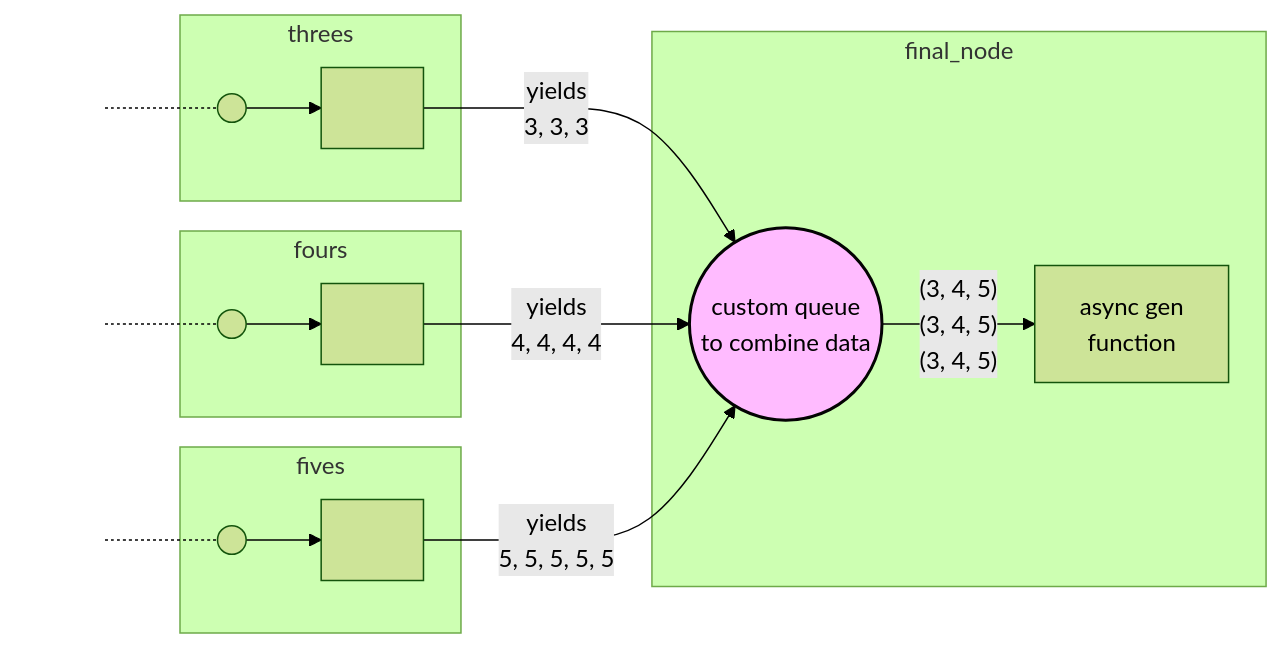
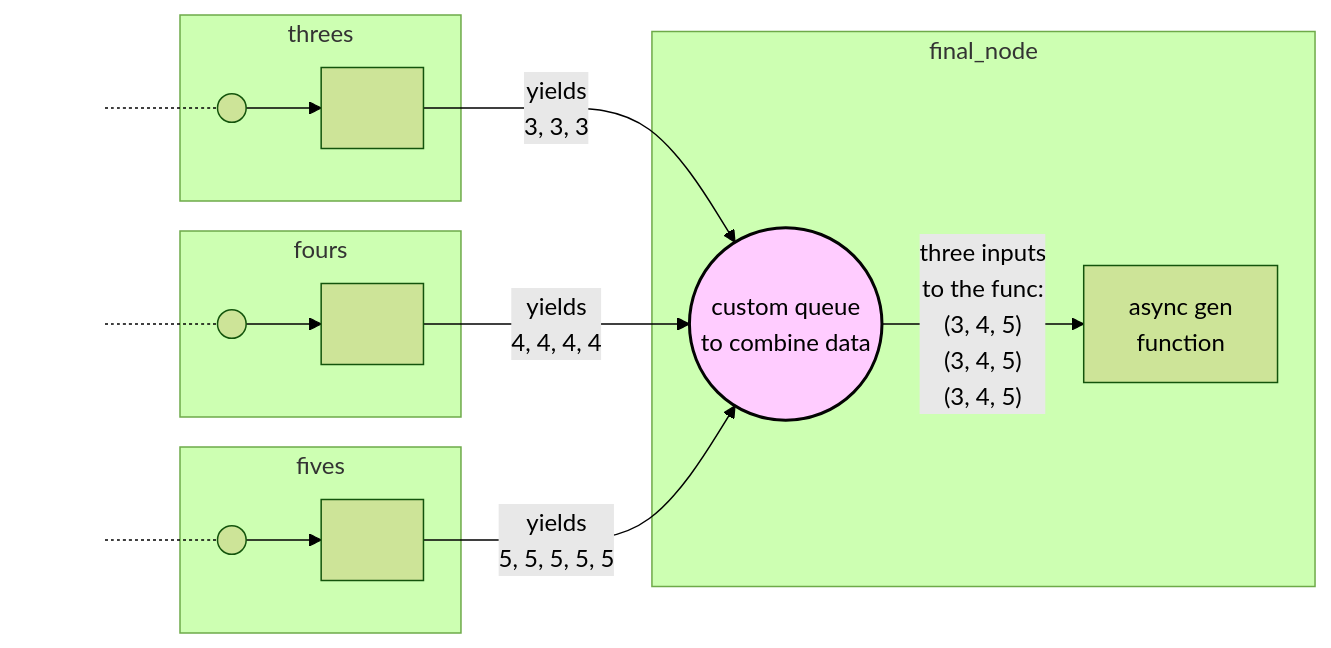
One commit to civisanalytics/async-graph-data-flow changed the second of 2 diagrams in docs/more_examples/flexible_edge_behaviors_between_nodes.rst. Above: the diagram before and after it, drawn with Mermaid (forest theme). The commit also changed other lines of this file and 2 other files, not shown here.

```diff
--- a/docs/more_examples/flexible_edge_behaviors_between_nodes.rst
+++ b/docs/more_examples/flexible_edge_behaviors_between_nodes.rst
@@ -20,32 +95,32 @@
 .. mermaid::
 
     flowchart LR
 
     start1[ ] -.- queue1(("&nbsp;"))
     subgraph threes
         queue1 --> node1["&nbsp;&nbsp;"]
     end
     style start1 fill-opacity:0, stroke-opacity:0;
 
     start2[ ] -.- queue2(("&nbsp;"))
     subgraph fours
         queue2 --> node2["&nbsp;&nbsp;"]
     end
     style start2 fill-opacity:0, stroke-opacity:0;
 
     start3[ ] -.- queue3(("&nbsp;"))
     subgraph fives
         queue3 --> node3["&nbsp;&nbsp;"]
     end
     style start3 fill-opacity:0, stroke-opacity:0;
 
     queue4((custom queue<br/>to combine data))
     node4["async gen<br/>function"]
     subgraph final_node
-        queue4 --> |"(3, 4, 5)<br/>(3, 4, 5)<br/>(3, 4, 5)"| node4
+        queue4 --> |"three inputs<br/>to the func:<br/>(3, 4, 5)<br/>(3, 4, 5)<br/>(3, 4, 5)"| node4
     end
-    style queue4 fill:#ffbbff, stroke:#030303, stroke-width:2px;
+    style queue4 fill:#ffccff, stroke:#030303, stroke-width:2px;
 
     node1 --> |yields<br/>3, 3, 3| queue4
     node2 --> |yields<br/>4, 4, 4, 4| queue4
     node3 --> |yields<br/>5, 5, 5, 5, 5| queue4
```
